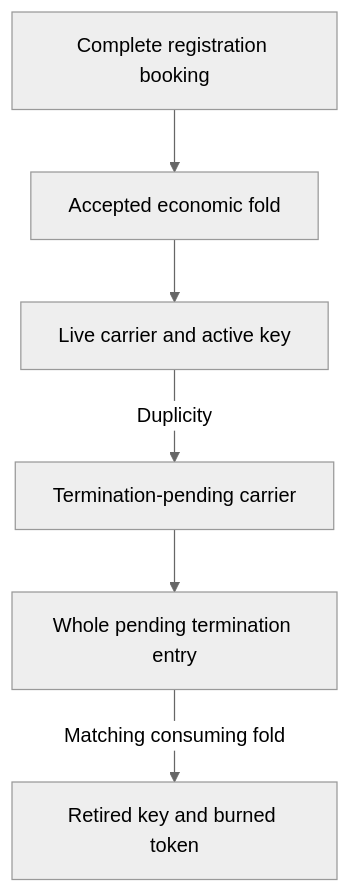
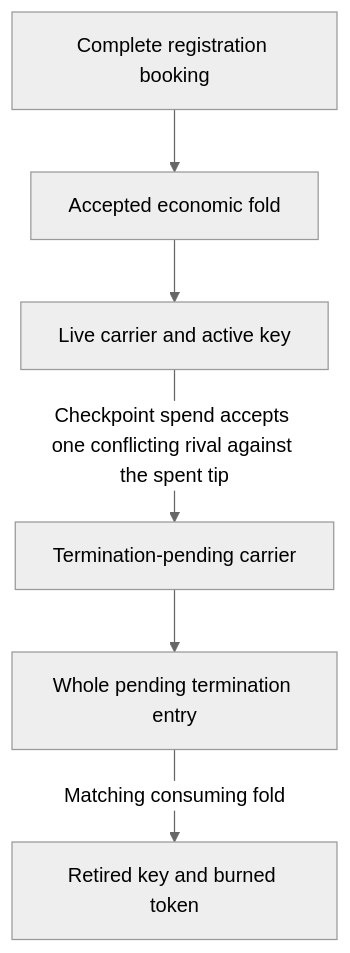
One commit to lambdasistemi/cardano-keri changed the first of 4 diagrams in docs/design/registry-as-mpfs.md. Above: the diagram before and after it, drawn with Mermaid (neutral theme). The commit also changed other lines of this file and 7 other files, not shown here.

````diff
--- a/docs/design/registry-as-mpfs.md
+++ b/docs/design/registry-as-mpfs.md
@@ -42,8 +42,8 @@
 ```mermaid
 flowchart TD
   Request[Complete registration booking] --> Fold[Accepted economic fold]
   Fold --> Live[Live carrier and active key]
-  Live -->|Duplicity| Pending[Termination-pending carrier]
+  Live -->|Checkpoint spend accepts one conflicting rival against the spent tip| Pending[Termination-pending carrier]
   Pending --> Booked[Whole pending termination entry]
   Booked -->|Matching consuming fold| Retired[Retired key and burned token]
 ```
````
